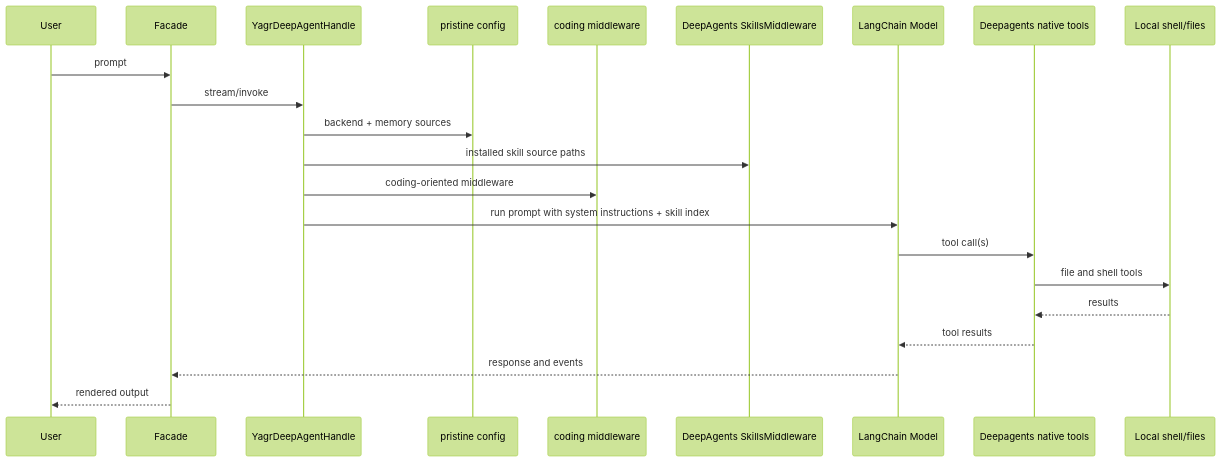
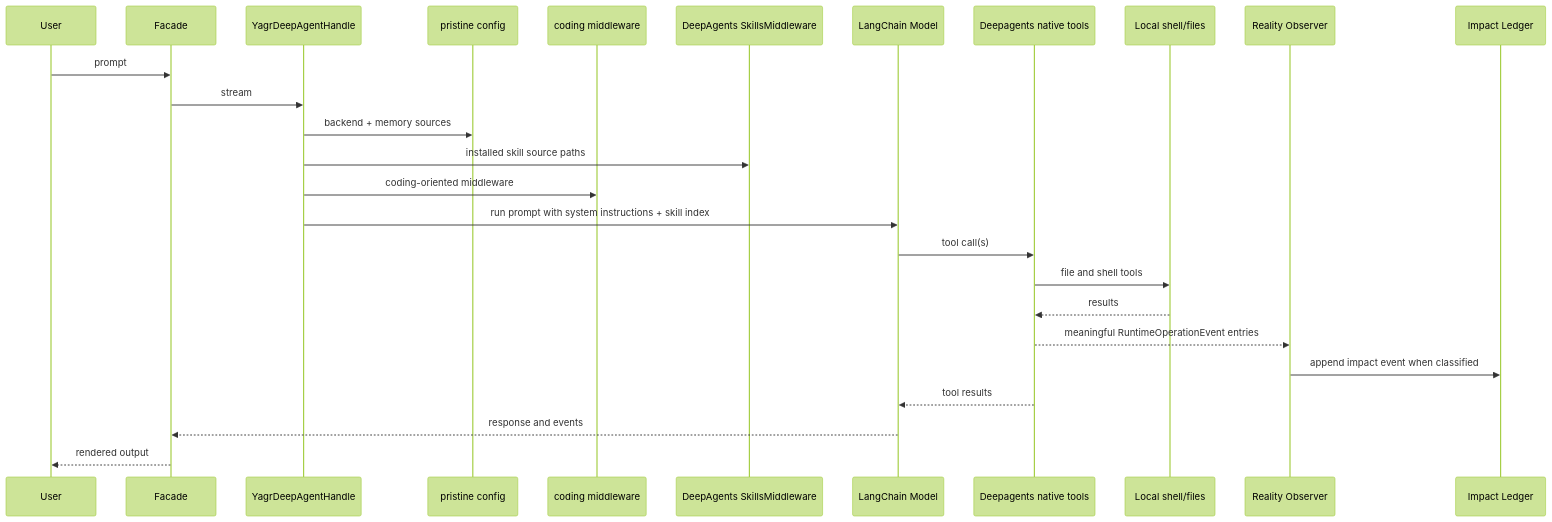
The first of 6 diagrams in architecture/current/runtime-flows.md (EtienneLescot/yagr), drawn with Mermaid (forest theme) before and after one commit. The commit also changed other lines of this file and 24 other files, not shown here.

Commit message:
feat: add impact ledger observability

````diff
--- a/architecture/current/runtime-flows.md
+++ b/architecture/current/runtime-flows.md
@@ -7,25 +7,29 @@
 ```mermaid
 sequenceDiagram
     participant U as User
     participant F as Facade
     participant H as YagrDeepAgentHandle
     participant P as pristine config
     participant C as coding middleware
     participant S as DeepAgents SkillsMiddleware
     participant M as LangChain Model
     participant T as Deepagents native tools
     participant E as Local shell/files
+    participant O as Reality Observer
+    participant L as Impact Ledger
 
     U->>F: prompt
-    F->>H: stream/invoke
+    F->>H: stream
     H->>P: backend + memory sources
     H->>S: installed skill source paths
     H->>C: coding-oriented middleware
     H->>M: run prompt with system instructions + skill index
     M->>T: tool call(s)
     T->>E: file and shell tools
     E-->>T: results
+    T-->>O: meaningful RuntimeOperationEvent entries
+    O->>L: append impact event when classified
     T-->>M: tool results
     M-->>F: response and events
     F-->>U: rendered output
 ```
````
